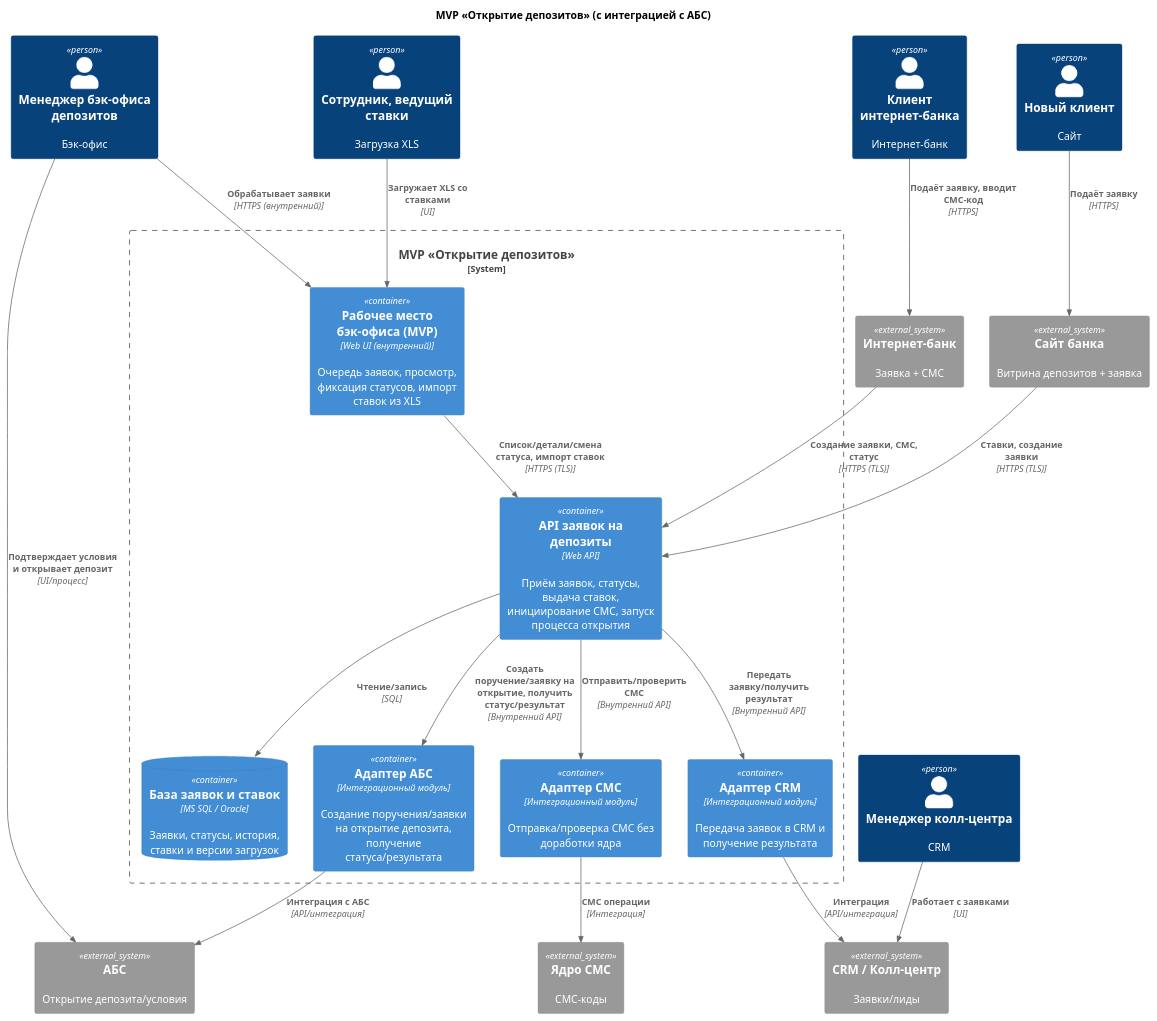
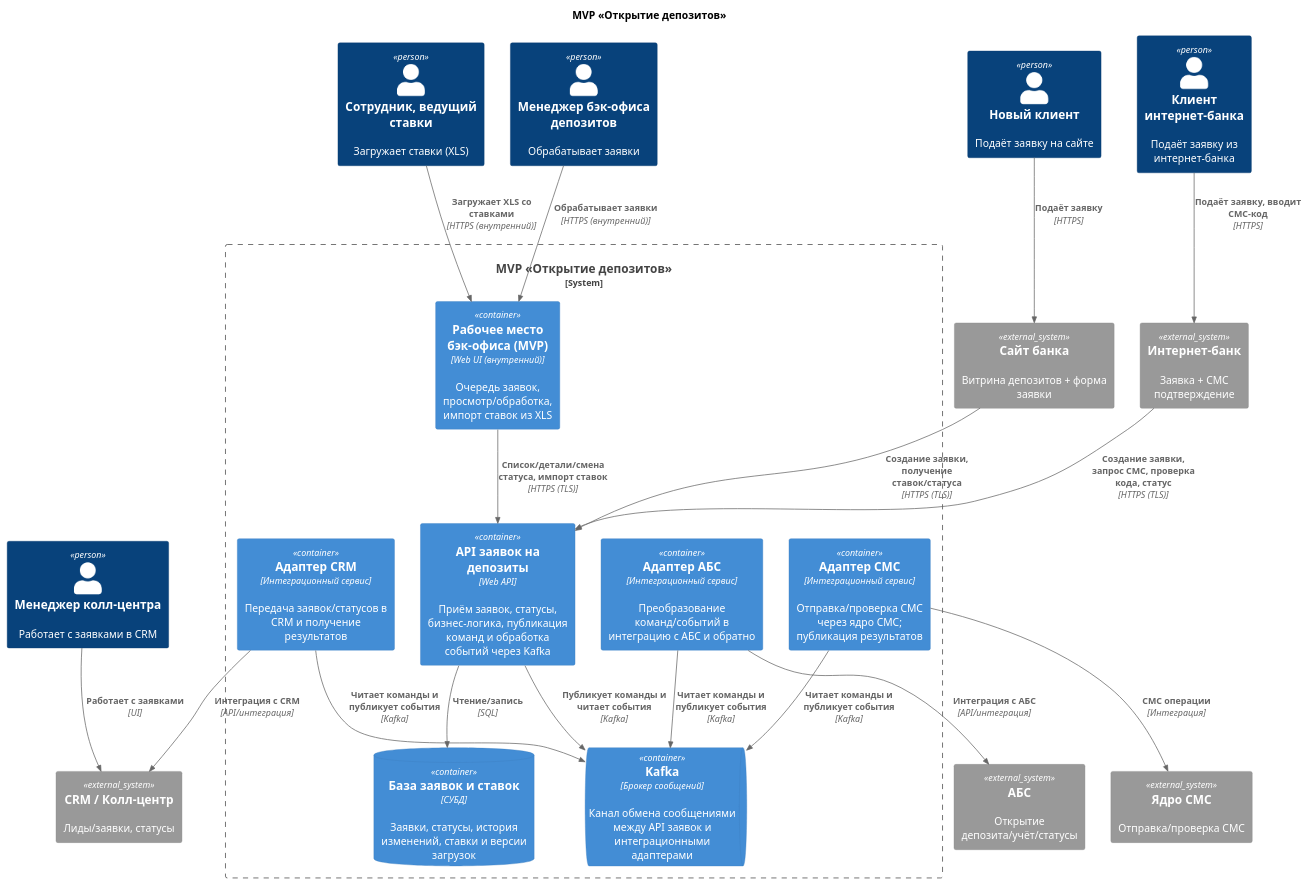
One commit to volodin33/architecture-pro-standart changed the diagram in Task3/deposit_containers.puml. Above: the diagram before and after it, drawn with PlantUML. The commit also changed 12 other files, not shown here.

Commit message:
- Конкретикзировал требования - Указал канал передачи файлов: SFTP - Добавил очередь (Kafka) в диаграммы

```diff
--- a/Task3/deposit_containers.puml
+++ b/Task3/deposit_containers.puml
@@ -1,44 +1,45 @@
 @startuml
+' C4-PlantUML: Container diagram
 !include https://raw.githubusercontent.com/plantuml-stdlib/C4-PlantUML/master/C4_Container.puml
 
-title MVP «Открытие депозитов» (с интеграцией с АБС)
+title MVP «Открытие депозитов»
 
-Person(customer_new, "Новый клиент", "Сайт")
-Person(customer_ib, "Клиент интернет-банка", "Интернет-банк")
-Person(call_mgr, "Менеджер колл-центра", "CRM")
-Person(rate_mgr, "Сотрудник, ведущий ставки", "Загрузка XLS")
-
-System_Ext(site, "Сайт банка", "Витрина депозитов + заявка")
-System_Ext(crm, "CRM / Колл-центр", "Заявки/лиды")
-System_Ext(sms_core, "Ядро СМС", "СМС-коды")
-System_Ext(abs, "АБС", "Открытие депозита/условия")
-System_Ext(ibank, "Интернет-банк", "Заявка + СМС")
-Person(bo_mgr, "Менеджер бэк-офиса депозитов", "Бэк-офис")
+System_Ext(ibank, "Интернет-банк", "Заявка + СМС подтверждение")
+System_Ext(crm, "CRM / Колл-центр", "Лиды/заявки, статусы")
+System_Ext(sms_core, "Ядро СМС", "Отправка/проверка СМС")
+System_Ext(abs, "АБС", "Открытие депозита/учёт/статусы")
+Person(customer_new, "Новый клиент", "Подаёт заявку на сайте")
+Person(customer_ib, "Клиент интернет-банка", "Подаёт заявку из интернет-банка")
+Person(call_mgr, "Менеджер колл-центра", "Работает с заявками в CRM")
+Person(rate_mgr, "Сотрудник, ведущий ставки", "Загружает ставки (XLS)")
+Person(bo_mgr, "Менеджер бэк-офиса депозитов", "Обрабатывает заявки")
+System_Ext(site, "Сайт банка", "Витрина депозитов + форма заявки")
 
 System_Boundary(mvp, "MVP «Открытие депозитов»") {
-  Container(api, "API заявок на депозиты", "Web API",  "Приём заявок, статусы, выдача ставок, инициирование СМС, запуск процесса открытия")
-  ContainerDb(db, "База заявок и ставок", "MS SQL / Oracle",  "Заявки, статусы, история, ставки и версии загрузок")
-  Container(sms_adapter, "Адаптер СМС", "Интеграционный модуль",  "Отправка/проверка СМС без доработки ядра")
-  Container(crm_adapter, "Адаптер CRM", "Интеграционный модуль",  "Передача заявок в CRM и получение результата")
-  Container(abs_adapter, "Адаптер АБС", "Интеграционный модуль",  "Создание поручения/заявки на открытие депозита, получение статуса/результата")
-  Container(bo_ui, "Рабочее место бэк-офиса (MVP)", "Web UI (внутренний)",  "Очередь заявок, просмотр, фиксация статусов, импорт ставок из XLS")
+  Container(api, "API заявок на депозиты", "Web API",    "Приём заявок, статусы, бизнес-логика, публикация команд и обработка событий через Kafka")
+  ContainerDb(db, "База заявок и ставок", "СУБД",    "Заявки, статусы, история изменений, ставки и версии загрузок")
+  Container(bo_ui, "Рабочее место бэк-офиса (MVP)", "Web UI (внутренний)",    "Очередь заявок, просмотр/обработка, импорт ставок из XLS")
+  Container(abs_adapter, "Адаптер АБС", "Интеграционный сервис",    "Преобразование команд/событий в интеграцию с АБС и обратно")
+  Container(crm_adapter, "Адаптер CRM", "Интеграционный сервис",    "Передача заявок/статусов в CRM и получение результатов")
+  Container(sms_adapter, "Адаптер СМС", "Интеграционный сервис",    "Отправка/проверка СМС через ядро СМС; публикация результатов")
+  ContainerQueue(kafka, "Kafka", "Брокер сообщений",    "Канал обмена сообщениями между API заявок и интеграционными адаптерами")
 }
 
 Rel(customer_new, site, "Подаёт заявку", "HTTPS")
+Rel(site, api, "Создание заявки, получение ставок/статуса", "HTTPS (TLS)")
 Rel(customer_ib, ibank, "Подаёт заявку, вводит СМС-код", "HTTPS")
-Rel(site, api, "Ставки, создание заявки", "HTTPS (TLS)")
-Rel(ibank, api, "Создание заявки, СМС, статус", "HTTPS (TLS)")
+Rel(ibank, api, "Создание заявки, запрос СМС, проверка кода, статус", "HTTPS (TLS)")
+Rel(bo_mgr, bo_ui, "Обрабатывает заявки", "HTTPS (внутренний)")
+Rel(rate_mgr, bo_ui, "Загружает XLS со ставками", "HTTPS (внутренний)")
+Rel(bo_ui, api, "Список/детали/смена статуса, импорт ставок", "HTTPS (TLS)")
 Rel(api, db, "Чтение/запись", "SQL")
-Rel(api, sms_adapter, "Отправить/проверить СМС", "Внутренний API")
+Rel(api, kafka, "Публикует команды и читает события", "Kafka")
+Rel(abs_adapter, kafka, "Читает команды и публикует события", "Kafka")
+Rel(crm_adapter, kafka, "Читает команды и публикует события", "Kafka")
+Rel(sms_adapter, kafka, "Читает команды и публикует события", "Kafka")
+Rel(abs_adapter, abs, "Интеграция с АБС", "API/интеграция")
+Rel(crm_adapter, crm, "Интеграция с CRM", "API/интеграция")
+Rel(call_mgr, crm, "Работает с заявками", "UI")
 Rel(sms_adapter, sms_core, "СМС операции", "Интеграция")
-Rel(api, crm_adapter, "Передать заявку/получить результат", "Внутренний API")
-Rel(crm_adapter, crm, "Интеграция", "API/интеграция")
-Rel(call_mgr, crm, "Работает с заявками", "UI")
-Rel(api, abs_adapter, "Создать поручение/заявку на открытие, получить статус/результат", "Внутренний API")
-Rel(abs_adapter, abs, "Интеграция с АБС", "API/интеграция")
-Rel(bo_mgr, bo_ui, "Обрабатывает заявки", "HTTPS (внутренний)")
-Rel(bo_ui, api, "Список/детали/смена статуса, импорт ставок", "HTTPS (TLS)")
-Rel(bo_mgr, abs, "Подтверждает условия и открывает депозит", "UI/процесс")
-Rel(rate_mgr, bo_ui, "Загружает XLS со ставками", "UI")
 
 @enduml
```
